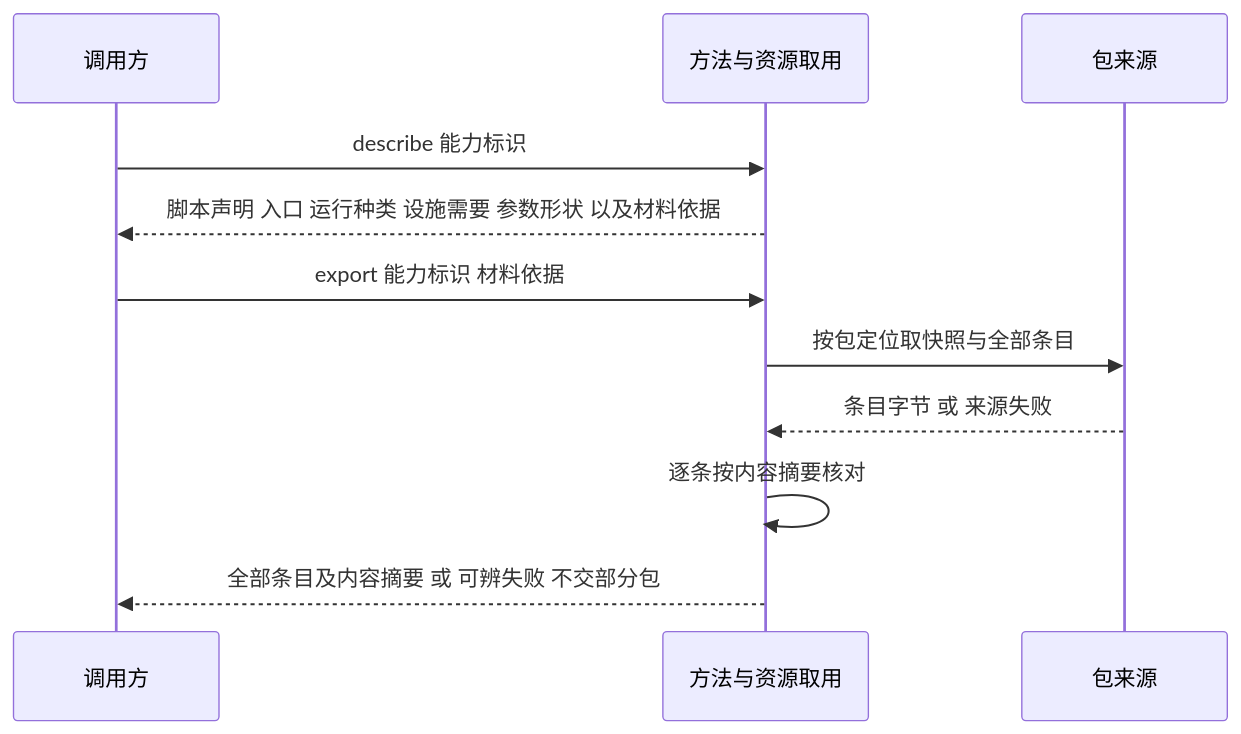
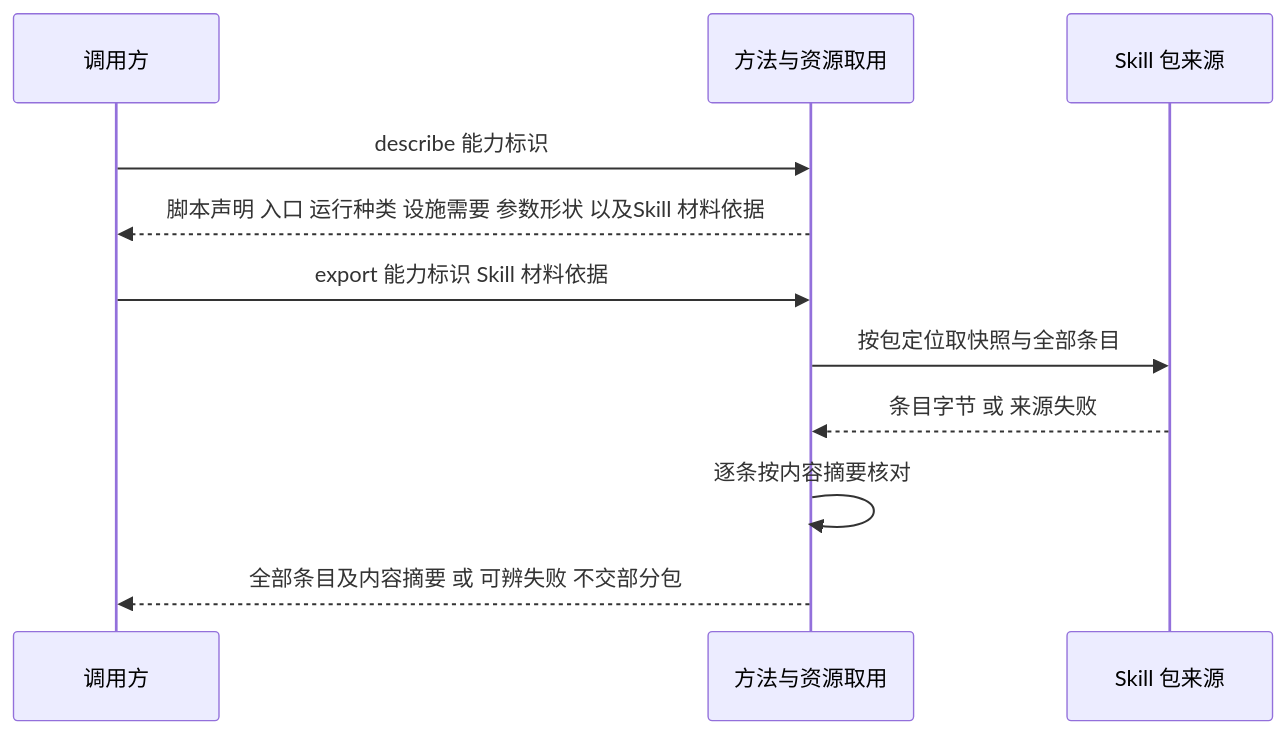
The third of 4 diagrams in docs/domains/skills/key-flows.md (nemori-ai/omne-harness-lite), drawn with Mermaid before and after one commit. The commit also changed other lines of this file and 8 other files, not shown here.

First line of the commit message:
docs(skills): 三个新词加 Skill 前缀：Skill 包快照、Skill 包来源、Skill 材料依据

````diff
--- a/docs/domains/skills/key-flows.md
+++ b/docs/domains/skills/key-flows.md
@@ -104,13 +104,13 @@
 ```mermaid
 sequenceDiagram
   participant C as 调用方
   participant A as 方法与资源取用
-  participant S as 包来源
+  participant S as Skill 包来源
   C->>A: describe 能力标识
-  A-->>C: 脚本声明 入口 运行种类 设施需要 参数形状 以及材料依据
-  C->>A: export 能力标识 材料依据
+  A-->>C: 脚本声明 入口 运行种类 设施需要 参数形状 以及Skill 材料依据
+  C->>A: export 能力标识 Skill 材料依据
   A->>S: 按包定位取快照与全部条目
   S-->>A: 条目字节 或 来源失败
   A->>A: 逐条按内容摘要核对
   A-->>C: 全部条目及内容摘要 或 可辨失败 不交部分包
 ```
````
